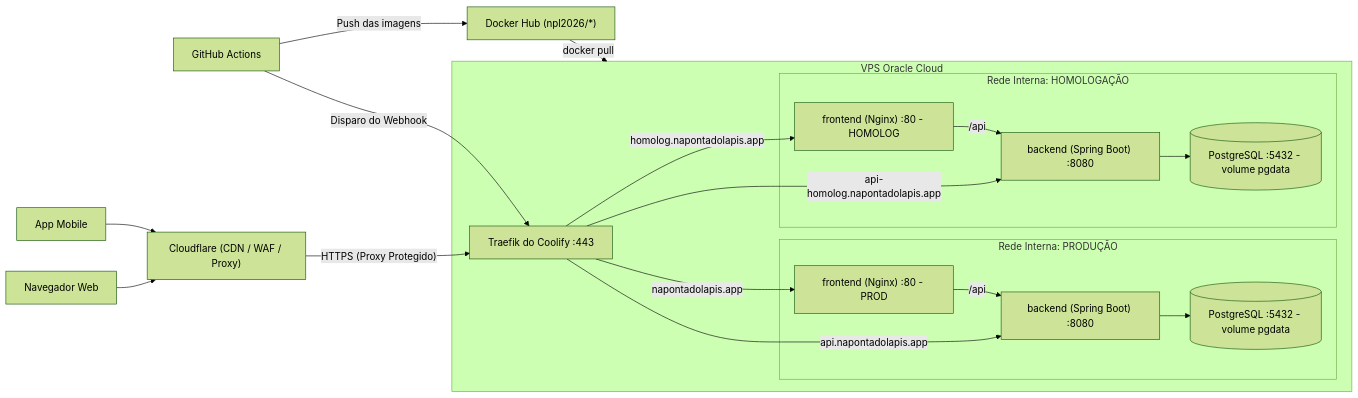
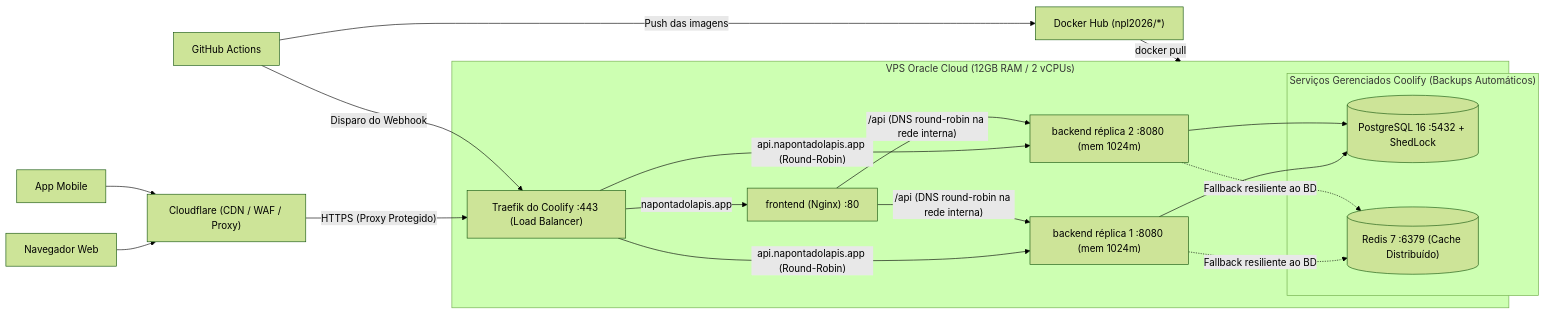
One commit to tads-cnat/na-ponta-do-lapis changed the first of 2 diagrams in deploy/README.md. Above: the diagram before and after it, drawn with Mermaid (forest theme). The commit also changed other lines of this file and 18 other files, not shown here.

Commit message:
feat(backend,deploy): adicionar suporte a multiplas replicas, ShedLock, Flyway e cache Redis

````diff
--- a/deploy/README.md
+++ b/deploy/README.md
@@ -11,28 +13,29 @@
 ```mermaid
 flowchart LR
     U["Navegador Web"] --> CF["Cloudflare (CDN / WAF / Proxy)"]
     M["App Mobile"] --> CF
 
-    CF -->|"HTTPS (Proxy Protegido)"| T["Traefik do Coolify :443"]
+    CF -->|"HTTPS (Proxy Protegido)"| T["Traefik do Coolify :443 (Load Balancer)"]
 
-    subgraph VPS["VPS Oracle Cloud"]
-      T -->|"napontadolapis.app"| FP["frontend (Nginx) :80 - PROD"]
-      T -->|"api.napontadolapis.app"| BP
-      T -->|"homolog.napontadolapis.app"| FH["frontend (Nginx) :80 - HOMOLOG"]
-      T -->|"api-homolog.napontadolapis.app"| BH
+    subgraph VPS["VPS Oracle Cloud (12GB RAM / 2 vCPUs)"]
+      T -->|"napontadolapis.app"| FP["frontend (Nginx) :80"]
+      T -->|"api.napontadolapis.app (Round-Robin)"| B1["backend réplica 1 :8080 (mem 1024m)"]
+      T -->|"api.napontadolapis.app (Round-Robin)"| B2["backend réplica 2 :8080 (mem 1024m)"]
+      FP -->|"/api (DNS round-robin na rede interna)"| B1
+      FP -->|"/api (DNS round-robin na rede interna)"| B2
 
-      subgraph NP["Rede Interna: PRODUÇÃO"]
-        FP -->|"/api"| BP["backend (Spring Boot) :8080"]
-        BP --> DP[("PostgreSQL :5432 - volume pgdata")]
+      subgraph DBs["Serviços Gerenciados Coolify (Backups Automáticos)"]
+        DP[("PostgreSQL 16 :5432 + ShedLock")]
+        RD[("Redis 7 :6379 (Cache Distribuído)")]
       end
 
-      subgraph NH["Rede Interna: HOMOLOGAÇÃO"]
-        FH -->|"/api"| BH["backend (Spring Boot) :8080"]
-        BH --> DH[("PostgreSQL :5432 - volume pgdata")]
-      end
+      B1 --> DP
+      B2 --> DP
+      B1 -.->|"Fallback resiliente ao BD"| RD
+      B2 -.->|"Fallback resiliente ao BD"| RD
     end
 
     GH["GitHub Actions"] -->|"Push das imagens"| DH2["Docker Hub (npl2026/*)"]
     GH -->|"Disparo do Webhook"| T
     DH2 -->|"docker pull"| VPS
 ```
````
